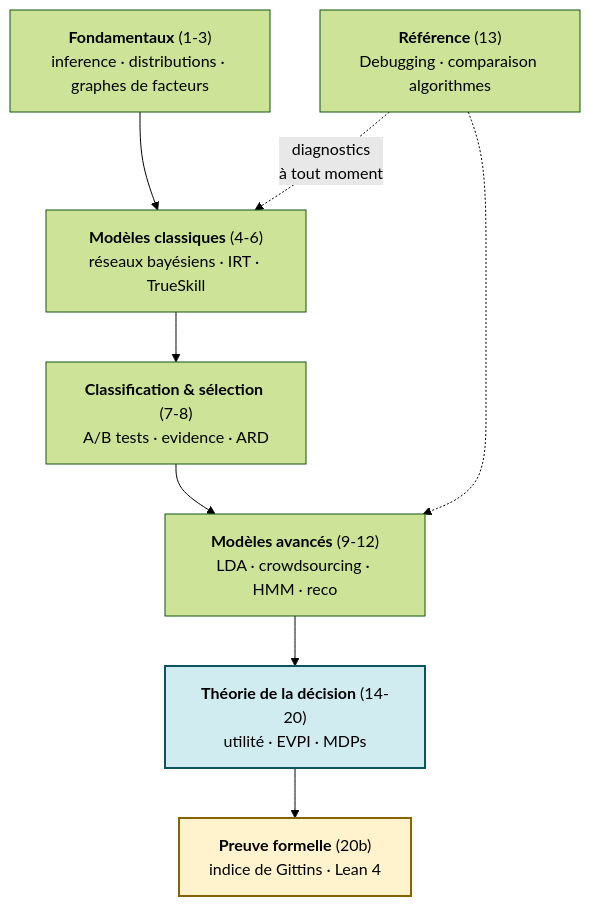
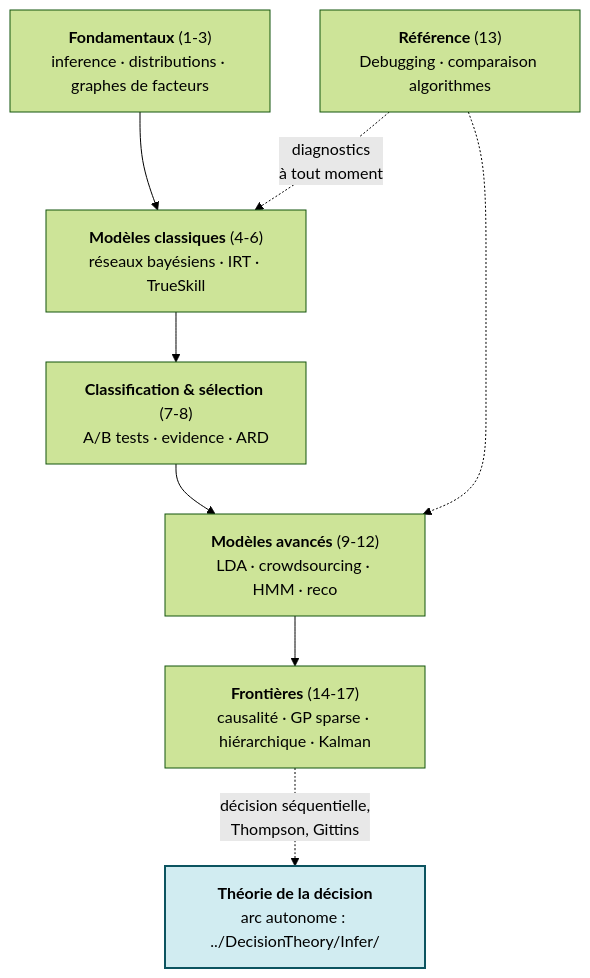
One commit to jsboige/CoursIA changed the second of 2 diagrams in MyIA.AI.Notebooks/Probas/Infer/README.md. Above: the diagram before and after it, drawn with Mermaid (forest theme). The commit also changed other lines of this file and 24 other files, not shown here.

First line of the commit message:
refactor(infer): extract decision theory into DecisionTheory/Infer/ + bayesian gap-closure (#4725)

````diff
--- a/MyIA.AI.Notebooks/Probas/Infer/README.md
+++ b/MyIA.AI.Notebooks/Probas/Infer/README.md
@@ -85,19 +77,17 @@
 ```mermaid
 flowchart TD
     P1["<b>Fondamentaux</b> (1-3)<br/>inference · distributions · graphes de facteurs"]
     P2["<b>Modèles classiques</b> (4-6)<br/>réseaux bayésiens · IRT · TrueSkill"]
     P3["<b>Classification & sélection</b> (7-8)<br/>A/B tests · evidence · ARD"]
     P4["<b>Modèles avancés</b> (9-12)<br/>LDA · crowdsourcing · HMM · reco"]
     P5["<b>Référence</b> (13)<br/>Debugging · comparaison algorithmes"]
-    P6["<b>Théorie de la décision</b> (14-20)<br/>utilité · EVPI · MDPs"]
-    P7["<b>Preuve formelle</b> (20b)<br/>indice de Gittins · Lean 4"]
+    P8["<b>Frontières</b> (14-17)<br/>causalité · GP sparse · hiérarchique · Kalman"]
+    DT["<b>Théorie de la décision</b><br/>arc autonome : ../DecisionTheory/Infer/"]
     P1 --> P2 --> P3 --> P4
-    P4 --> P6
-    P6 --> P7
+    P4 --> P8
     P5 -.->|"diagnostics<br/>à tout moment"| P2
     P5 -.-> P4
+    P8 -.->|"décision séquentielle,<br/>Thompson, Gittins"| DT
     classDef decision fill:#d1ecf1,stroke:#0c5460,stroke-width:2px;
-    classDef lean fill:#fff3cd,stroke:#856404,stroke-width:2px;
-    class P6 decision;
-    class P7 lean;
+    class DT decision;
 ```
````
